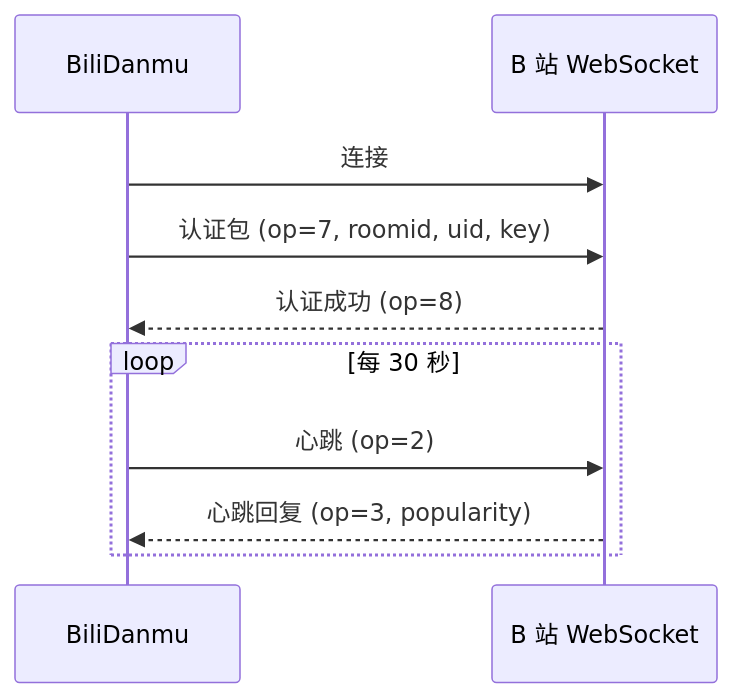
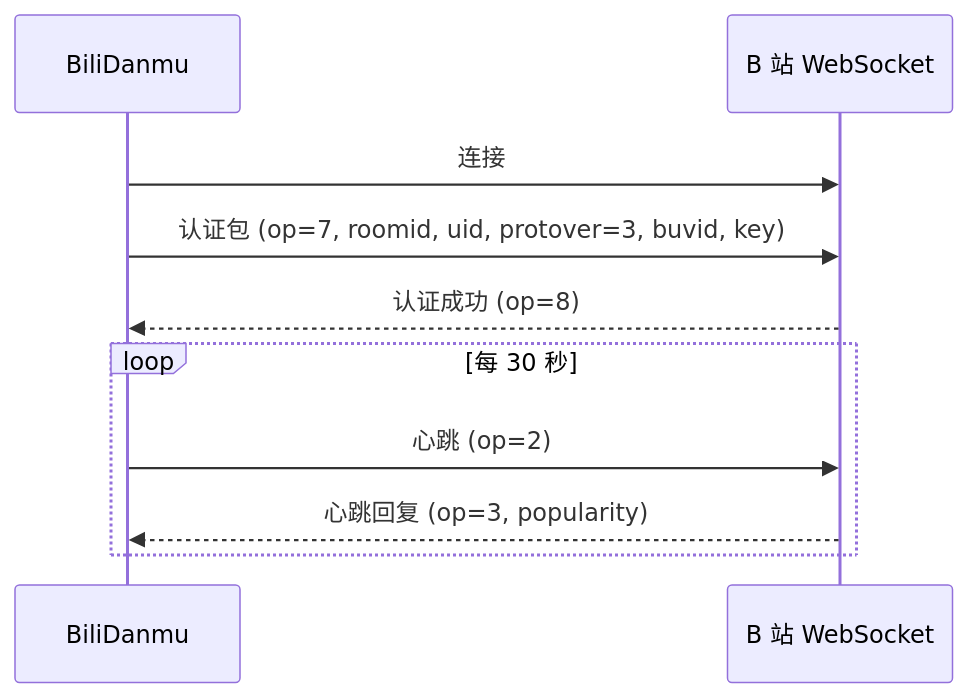
One commit to sfqy211/bilidanmu changed the diagram in docs/docs/research/notes.md. Above: the diagram before and after it, drawn with Mermaid. The commit also changed other lines of this file and 29 other files, not shown here.

````diff
--- a/docs/docs/research/notes.md
+++ b/docs/docs/research/notes.md
@@ -21,13 +22,13 @@
 ```mermaid
 sequenceDiagram
     participant App as BiliDanmu
     participant WS as B 站 WebSocket
 
     App->>WS: 连接
-    App->>WS: 认证包 (op=7, roomid, uid, key)
+    App->>WS: 认证包 (op=7, roomid, uid, protover=3, buvid, key)
     WS-->>App: 认证成功 (op=8)
     loop 每 30 秒
         App->>WS: 心跳 (op=2)
         WS-->>App: 心跳回复 (op=3, popularity)
     end
 ```
````
